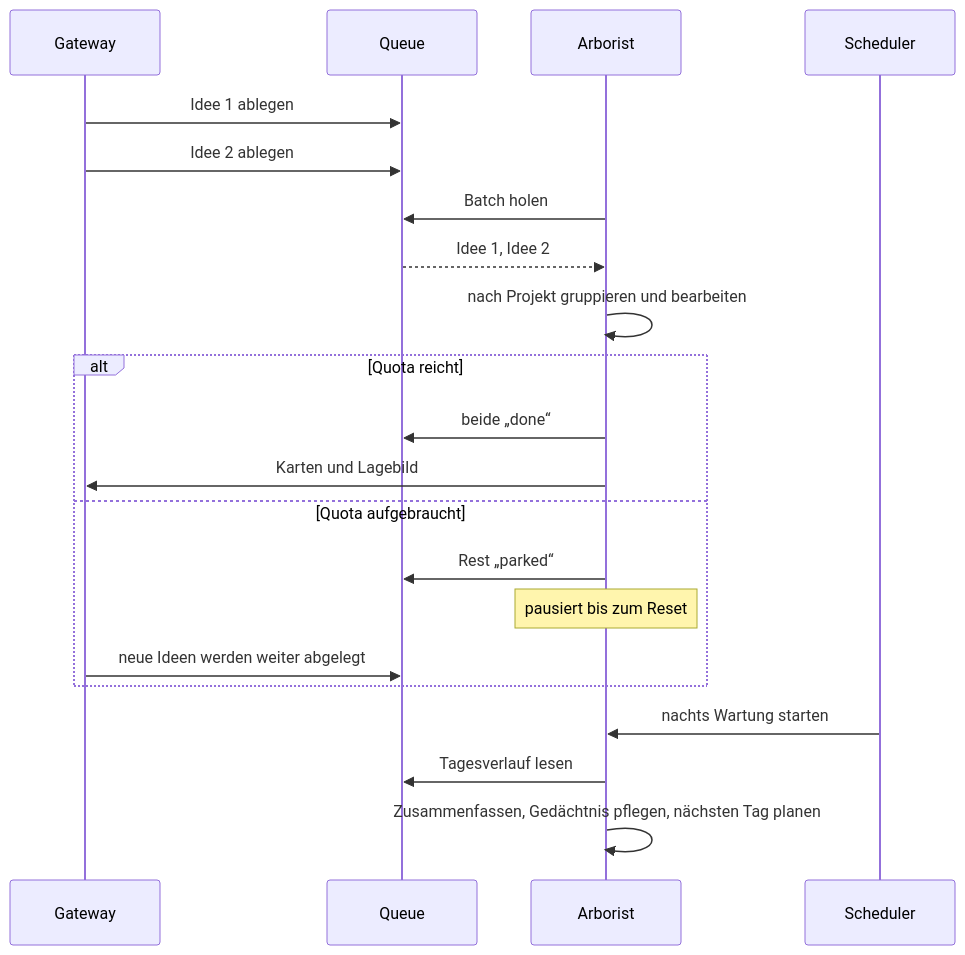
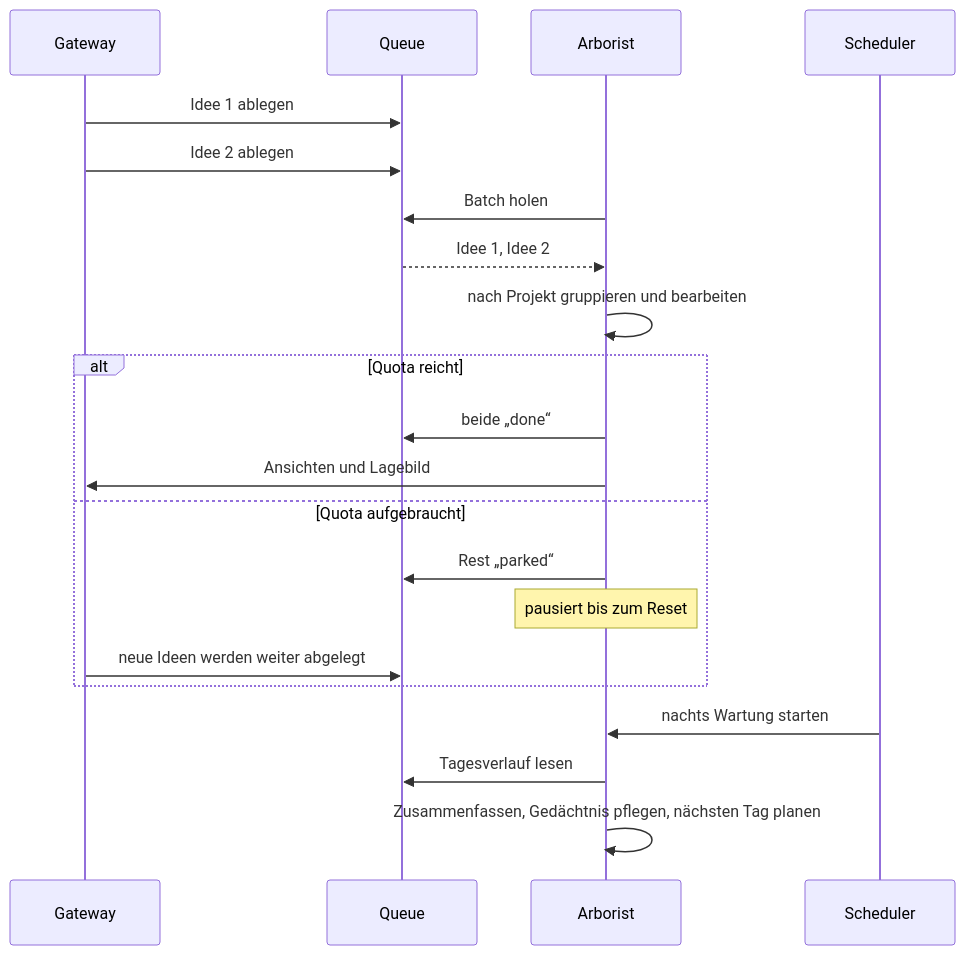
One commit to merlinbecker/playdate-claude-client changed the ninth of 11 diagrams in docs/arc42.md. Above: the diagram before and after it, drawn with Mermaid. The commit also changed other lines of this file and 2 other files, not shown here.

First line of the commit message:
docs: README und arc42 als Gesamtbild von Arborist

````diff
--- a/docs/arc42.md
+++ b/docs/arc42.md
@@ -236,23 +287,23 @@
 ```mermaid
 sequenceDiagram
     participant G as Gateway
     participant Q as Queue
     participant A as Arborist
     participant S as Scheduler
     G->>Q: Idee 1 ablegen
     G->>Q: Idee 2 ablegen
     A->>Q: Batch holen
     Q-->>A: Idee 1, Idee 2
     A->>A: nach Projekt gruppieren und bearbeiten
     alt Quota reicht
         A->>Q: beide „done“
-        A->>G: Karten und Lagebild
+        A->>G: Ansichten und Lagebild
     else Quota aufgebraucht
         A->>Q: Rest „parked“
         Note over A: pausiert bis zum Reset
         G->>Q: neue Ideen werden weiter abgelegt
     end
     S->>A: nachts Wartung starten
     A->>Q: Tagesverlauf lesen
     A->>A: Zusammenfassen, Gedächtnis pflegen, nächsten Tag planen
 ```
````
